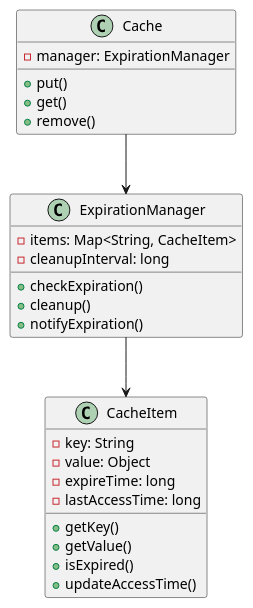
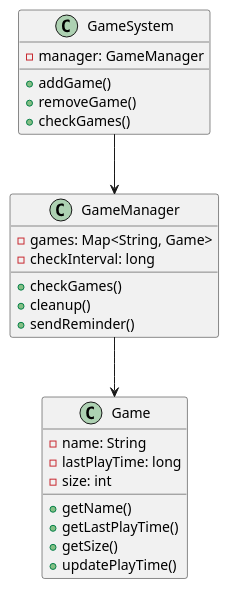
The second of 3 diagrams in doc/learning/architecture/cache_expiration_tutorial.md (fine5351/info-sync), drawn with PlantUML before and after one commit. The commit also changed other lines of this file and 35 other files, not shown here.

````diff
--- a/doc/learning/architecture/cache_expiration_tutorial.md
+++ b/doc/learning/architecture/cache_expiration_tutorial.md
@@ -227,32 +177,31 @@
 ```plantuml
 @startuml
-class CacheItem {
-    - key: String
-    - value: Object
-    - expireTime: long
-    - lastAccessTime: long
-    + getKey()
-    + getValue()
-    + isExpired()
-    + updateAccessTime()
+class Game {
+    - name: String
+    - lastPlayTime: long
+    - size: int
+    + getName()
+    + getLastPlayTime()
+    + getSize()
+    + updatePlayTime()
 }
 
-class ExpirationManager {
-    - items: Map<String, CacheItem>
-    - cleanupInterval: long
-    + checkExpiration()
+class GameManager {
+    - games: Map<String, Game>
+    - checkInterval: long
+    + checkGames()
     + cleanup()
-    + notifyExpiration()
+    + sendReminder()
 }
 
-class Cache {
-    - manager: ExpirationManager
-    + put()
-    + get()
-    + remove()
+class GameSystem {
+    - manager: GameManager
+    + addGame()
+    + removeGame()
+    + checkGames()
 }
 
-Cache --> ExpirationManager
-ExpirationManager --> CacheItem
+GameSystem --> GameManager
+GameManager --> Game
 @enduml
 ```
````
